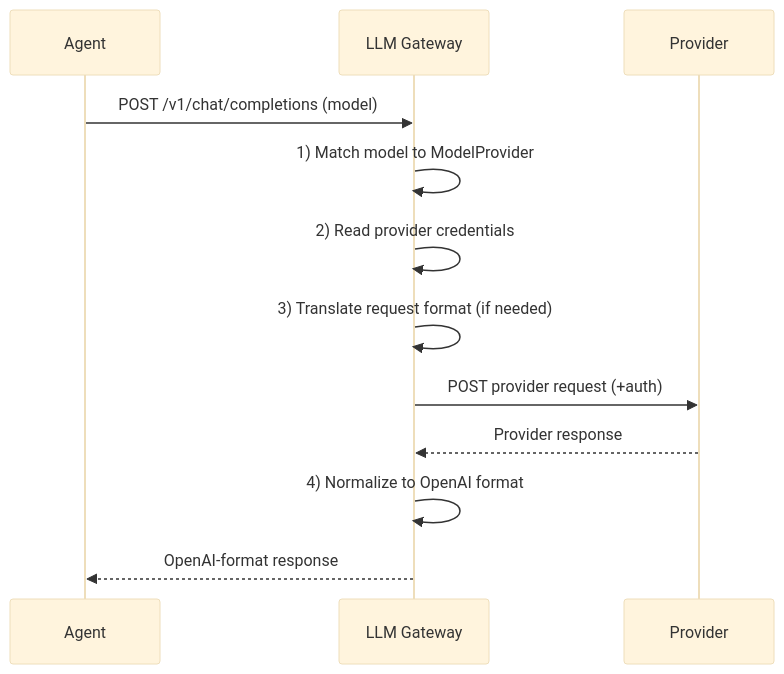
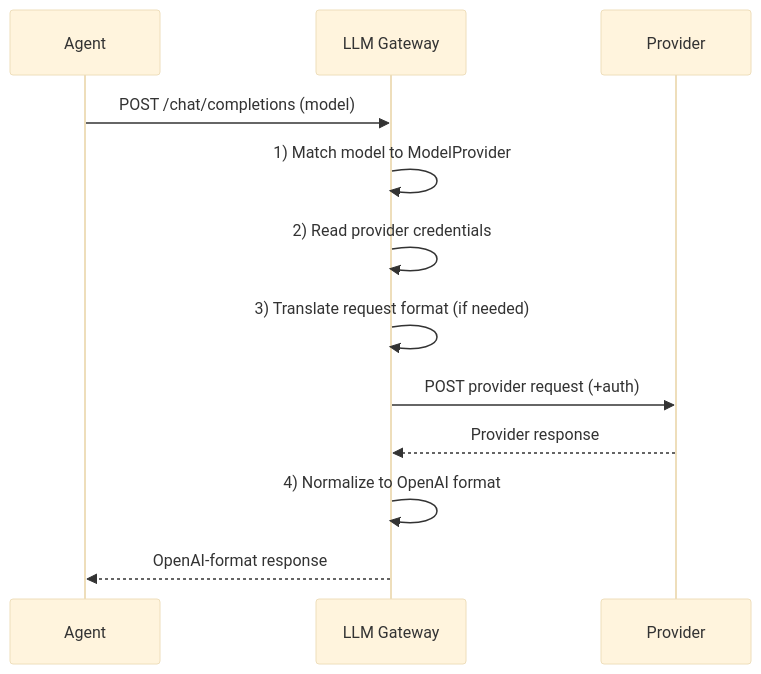
The diagram in docs-site/docs/api/model-providers.md (runagents-io/runagents), drawn with Mermaid (base theme) before and after one commit. The commit also changed other lines of this file and 65 other files, not shown here.

````diff
--- a/docs-site/docs/api/model-providers.md
+++ b/docs-site/docs/api/model-providers.md
@@ -522,15 +522,15 @@
 ```mermaid
 sequenceDiagram
     participant Agent
     participant Gateway as LLM Gateway
     participant Provider
 
-    Agent->>Gateway: POST /v1/chat/completions (model)
+    Agent->>Gateway: POST /chat/completions (model)
     Gateway->>Gateway: 1) Match model to ModelProvider
     Gateway->>Gateway: 2) Read provider credentials
     Gateway->>Gateway: 3) Translate request format (if needed)
     Gateway->>Provider: POST provider request (+auth)
     Provider-->>Gateway: Provider response
     Gateway->>Gateway: 4) Normalize to OpenAI format
     Gateway-->>Agent: OpenAI-format response
 ```
````
